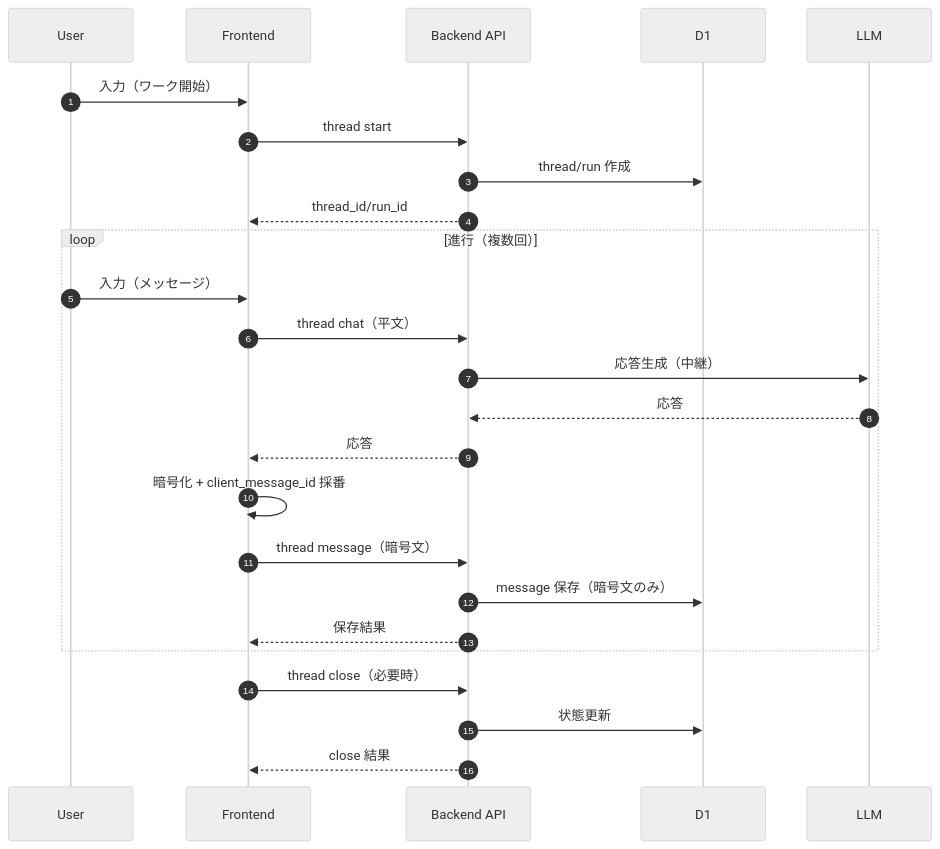
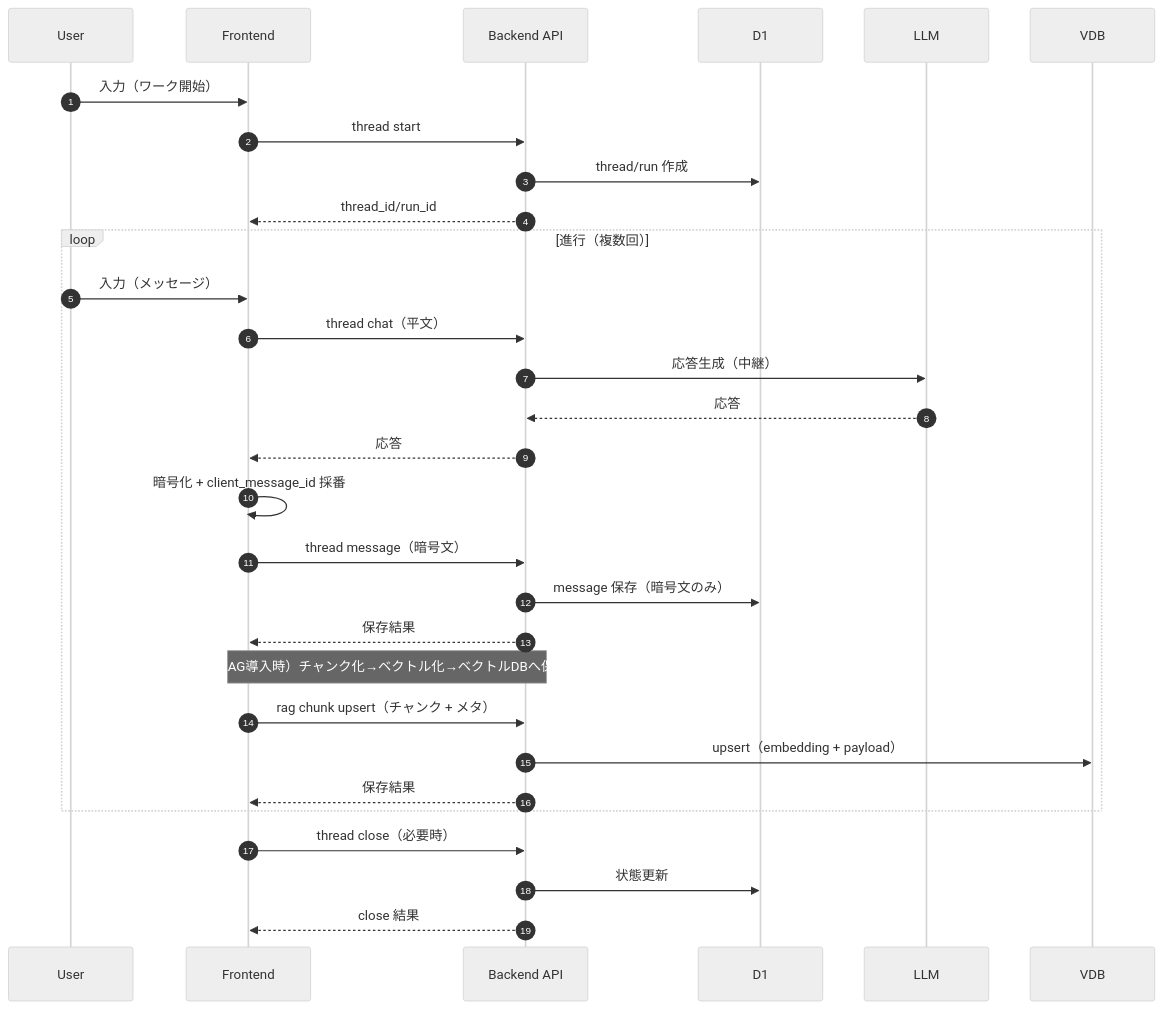
One commit to fractal-filix/shadowwork-navigator changed the second of 3 diagrams in apps/api/documents/基本設計書/00_概要.md. Above: the diagram before and after it, drawn with Mermaid (neutral theme). The commit also changed other lines of this file and 4 other files, not shown here.

````diff
--- a/apps/api/documents/基本設計書/00_概要.md
+++ b/apps/api/documents/基本設計書/00_概要.md
@@ -68,30 +74,35 @@
 ```mermaid
 sequenceDiagram
   autonumber
   participant U as User
   participant FE as Frontend
   participant API as Backend API
   participant D1 as D1
   participant LLM as LLM
 
   U->>FE: 入力（ワーク開始）
   FE->>API: thread start
   API->>D1: thread/run 作成
   API-->>FE: thread_id/run_id
 
   loop 進行（複数回）
     U->>FE: 入力（メッセージ）
     FE->>API: thread chat（平文）
     API->>LLM: 応答生成（中継）
     LLM-->>API: 応答
     API-->>FE: 応答
     FE->>FE: 暗号化 + client_message_id 採番
     FE->>API: thread message（暗号文）
     API->>D1: message 保存（暗号文のみ）
     API-->>FE: 保存結果
+
+    Note over FE,API: （RAG導入時）チャンク化→ベクトル化→ベクトルDBへ保存
+    FE->>API: rag chunk upsert（チャンク + メタ）
+    API->>VDB: upsert（embedding + payload）
+    API-->>FE: 保存結果
   end
 
   FE->>API: thread close（必要時）
   API->>D1: 状態更新
   API-->>FE: close 結果
 ```
````
